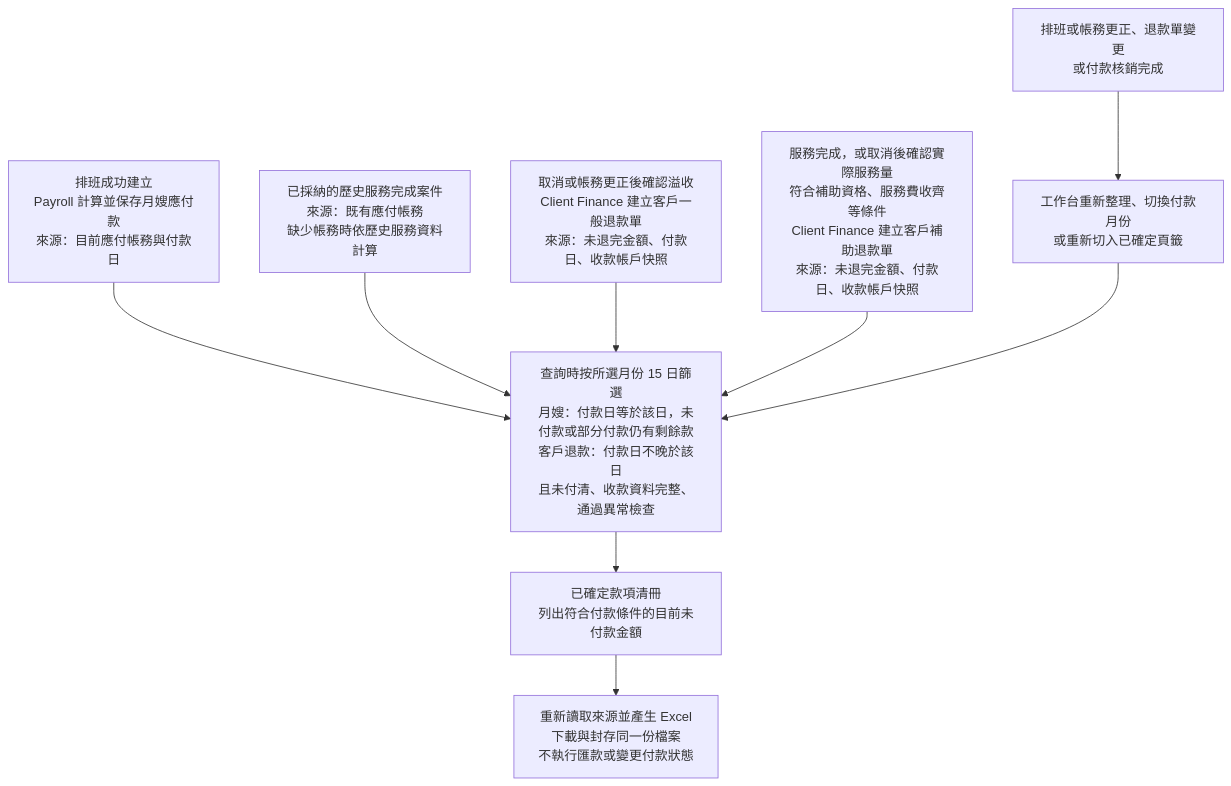
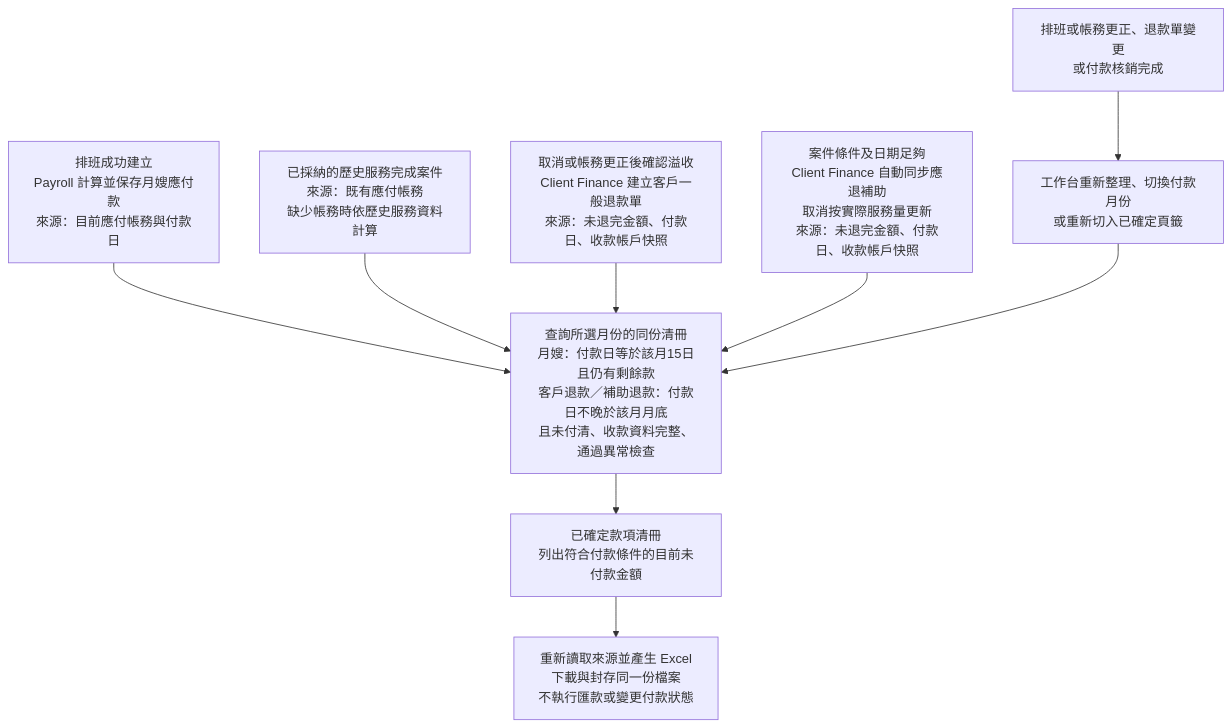
The second of 2 diagrams in document/架構重整/01_規格基線/16_Staff_Payables與Client_Refund正式規格.md (chrishzc/Labor_union), drawn with Mermaid before and after one commit. The commit also changed other lines of this file and 479 other files, not shown here.

````diff
--- a/document/架構重整/01_規格基線/16_Staff_Payables與Client_Refund正式規格.md
+++ b/document/架構重整/01_規格基線/16_Staff_Payables與Client_Refund正式規格.md
@@ -311,17 +318,17 @@
 ```mermaid
 flowchart TD
     A["排班成功建立<br/>Payroll 計算並保存月嫂應付款<br/>來源：目前應付帳務與付款日"]
     B["已採納的歷史服務完成案件<br/>來源：既有應付帳務<br/>缺少帳務時依歷史服務資料計算"]
     C["取消或帳務更正後確認溢收<br/>Client Finance 建立客戶一般退款單<br/>來源：未退完金額、付款日、收款帳戶快照"]
-    D["服務完成，或取消後確認實際服務量<br/>符合補助資格、服務費收齊等條件<br/>Client Finance 建立客戶補助退款單<br/>來源：未退完金額、付款日、收款帳戶快照"]
+    D["案件條件及日期足夠<br/>Client Finance 自動同步應退補助<br/>取消按實際服務量更新<br/>來源：未退完金額、付款日、收款帳戶快照"]
     A --> Q
     B --> Q
     C --> Q
     D --> Q
-    Q["查詢時按所選月份 15 日篩選<br/>月嫂：付款日等於該日，未付款或部分付款仍有剩餘款<br/>客戶退款：付款日不晚於該日<br/>且未付清、收款資料完整、通過異常檢查"]
+    Q["查詢所選月份的同份清冊<br/>月嫂：付款日等於該月15日且仍有剩餘款<br/>客戶退款／補助退款：付款日不晚於該月月底<br/>且未付清、收款資料完整、通過異常檢查"]
     Q --> R["已確定款項清冊<br/>列出符合付款條件的目前未付款金額"]
     R --> X["重新讀取來源並產生 Excel<br/>下載與封存同一份檔案<br/>不執行匯款或變更付款狀態"]
     M["排班或帳務更正、退款單變更<br/>或付款核銷完成"]
     M --> U["工作台重新整理、切換付款月份<br/>或重新切入已確定頁籤"]
     U --> Q
 ```
````
